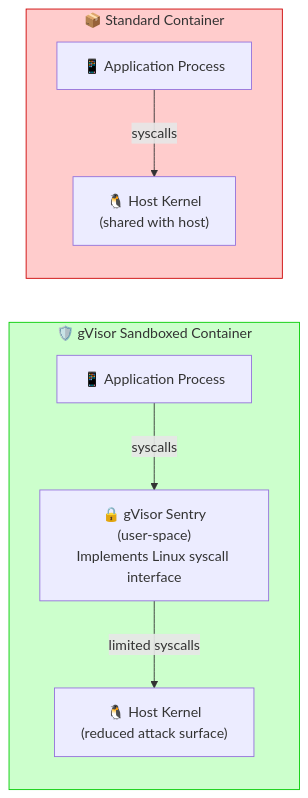
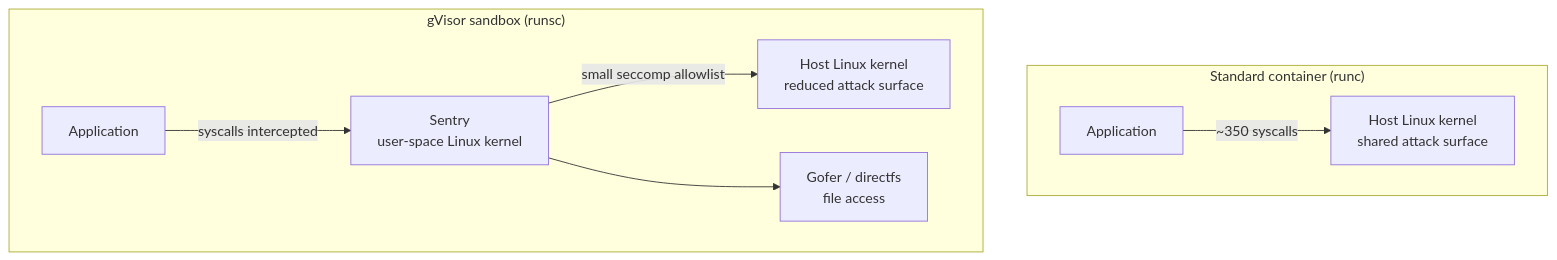
Before and after one commit to greg4fun/kubernetesrecipes.github.io: the diagram in src/content/recipes/gvisor-container-runtime.md, drawn with Mermaid. The commit also changed other lines of this file and 537 other files, not shown here.

````diff
--- a/src/content/recipes/gvisor-container-runtime.md
+++ b/src/content/recipes/gvisor-container-runtime.md
@@ -42,20 +44,11 @@
 ```mermaid
 flowchart TB
-    subgraph STANDARD["📦 Standard Container"]
-        direction TB
-        APP1["📱 Application Process"]
-        APP1 -->|"syscalls"| KERNEL1["🐧 Host Kernel<br/>(shared with host)"]
+    subgraph STANDARD["Standard container (runc)"]
+        APP1["Application"] -->|"~350 syscalls"| HOST1["Host Linux kernel<br/>shared attack surface"]
     end
-
-    subgraph GVISOR["🛡️ gVisor Sandboxed Container"]
-        direction TB
-        APP2["📱 Application Process"]
-        APP2 -->|"syscalls"| SENTRY["🔒 gVisor Sentry<br/>(user-space)<br/>Implements Linux syscall interface"]
-        SENTRY -->|"limited syscalls"| KERNEL2["🐧 Host Kernel<br/>(reduced attack surface)"]
+    subgraph GVISOR["gVisor sandbox (runsc)"]
+        APP2["Application"] -->|"syscalls intercepted"| SENTRY["Sentry<br/>user-space Linux kernel"]
+        SENTRY -->|"small seccomp allowlist"| HOST2["Host Linux kernel<br/>reduced attack surface"]
+        SENTRY --> GOFER["Gofer / directfs<br/>file access"]
     end
-
-    STANDARD ~~~ GVISOR
-
-    style STANDARD fill:#ffcccc,stroke:#cc0000
-    style GVISOR fill:#ccffcc,stroke:#00cc00
 ```
````
